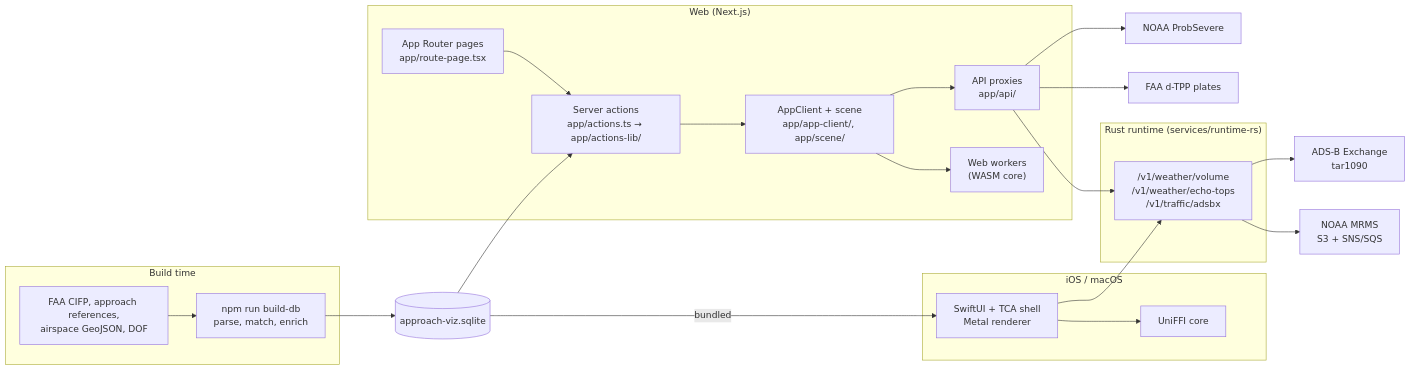
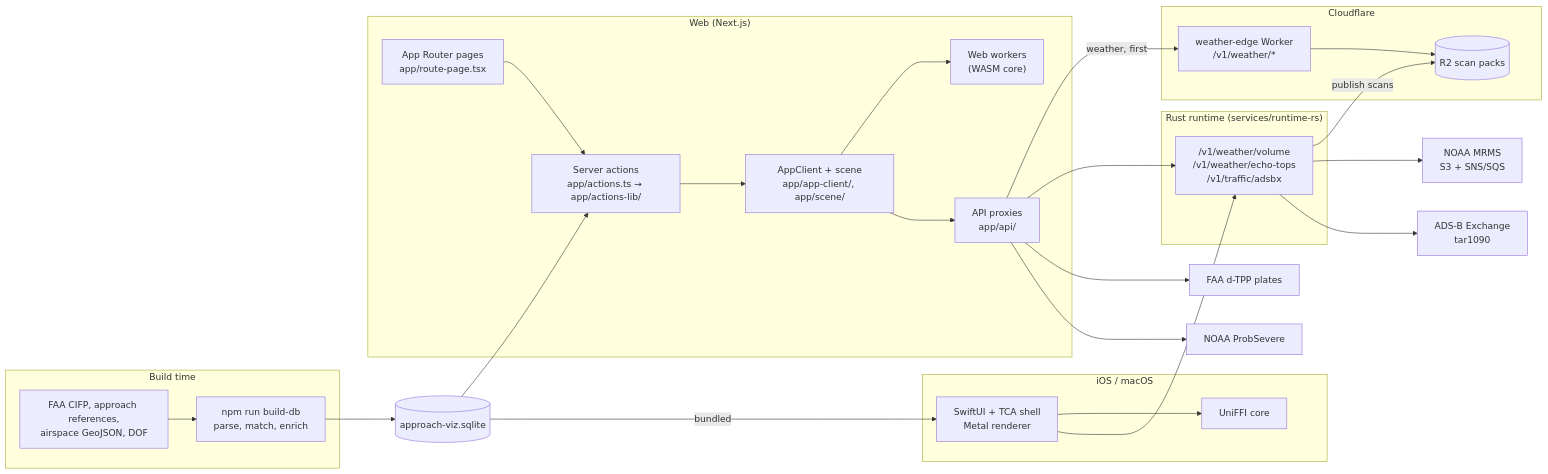
Before and after one commit to andyfangdz/approach-viz: the diagram in docs/architecture-overview.md, drawn with Mermaid. The commit also changed other lines of this file and 49 other files, not shown here.

````diff
--- a/docs/architecture-overview.md
+++ b/docs/architecture-overview.md
@@ -13,30 +13,35 @@
 ```mermaid
 flowchart LR
   subgraph build["Build time"]
     SRC["FAA CIFP, approach references,<br/>airspace GeoJSON, DOF"] --> BDB["npm run build-db<br/>parse, match, enrich"]
   end
   BDB --> DB[("approach-viz.sqlite")]
 
   subgraph web["Web (Next.js)"]
     PAGES["App Router pages<br/>app/route-page.tsx"] --> ACT["Server actions<br/>app/actions.ts → app/actions-lib/"]
     CLIENT["AppClient + scene<br/>app/app-client/, app/scene/"] --> WORKERS["Web workers<br/>(WASM core)"]
     CLIENT --> PROXY["API proxies<br/>app/api/"]
   end
   DB --> ACT
   ACT --> CLIENT
 
   subgraph native["iOS / macOS"]
     APP["SwiftUI + TCA shell<br/>Metal renderer"] --> FFI["UniFFI core"]
   end
   DB -- bundled --> APP
 
   subgraph runtime["Rust runtime (services/runtime-rs)"]
     RS["/v1/weather/volume<br/>/v1/weather/echo-tops<br/>/v1/traffic/adsbx"]
   end
+  subgraph edge["Cloudflare"]
+    WE["weather-edge Worker<br/>/v1/weather/*"] --> R2[("R2 scan packs")]
+  end
+  RS -- "publish scans" --> R2
+  PROXY -- "weather, first" --> WE
   PROXY --> RS
   APP --> RS
   PROXY --> FAA["FAA d-TPP plates"]
   PROXY --> PS["NOAA ProbSevere"]
   RS --> MRMS["NOAA MRMS<br/>S3 + SNS/SQS"]
   RS --> ADSB["ADS-B Exchange<br/>tar1090"]
 ```
````
